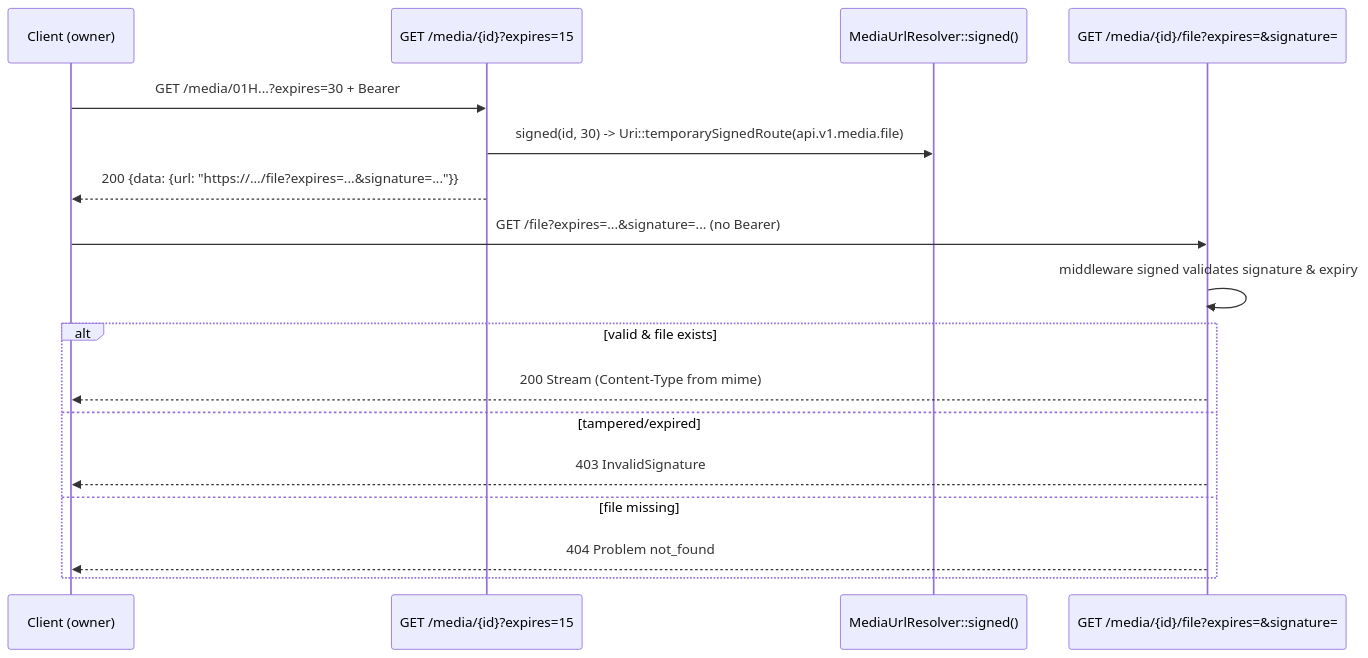
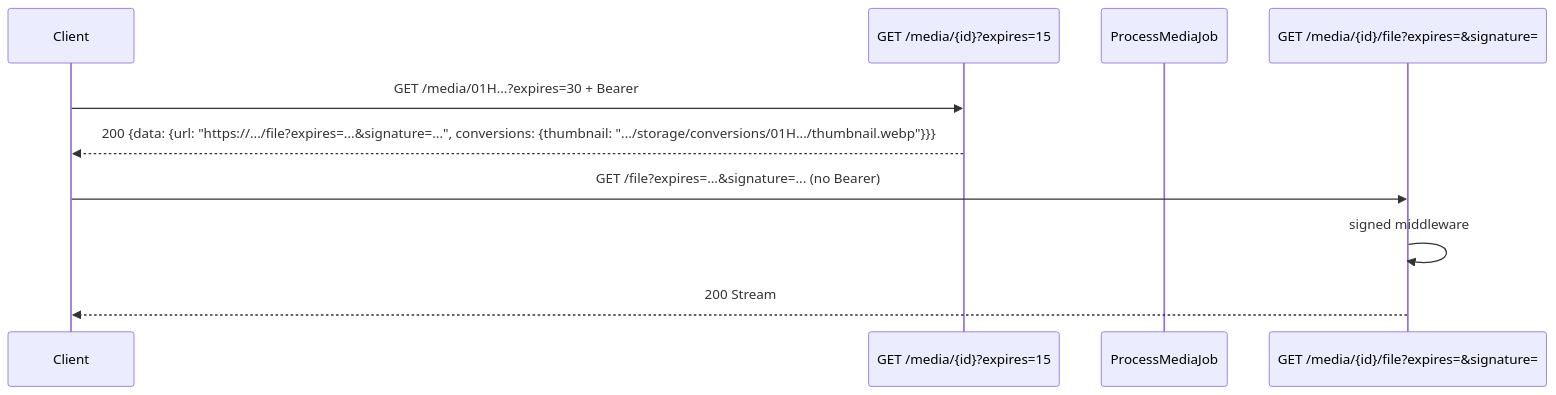
One commit to thomiOmi/laravel-starterkit-api changed the fourth of 5 diagrams in modules/Media/README.md. Above: the diagram before and after it, drawn with Mermaid. The commit also changed other lines of this file and 8 other files, not shown here.

````diff
--- a/modules/Media/README.md
+++ b/modules/Media/README.md
@@ -111,20 +155,13 @@
 ```mermaid
 sequenceDiagram
-    participant C as Client (owner)
+    participant C as Client
     participant API as GET /media/{id}?expires=15
-    participant Resolver as MediaUrlResolver::signed()
+    participant Job as ProcessMediaJob
     participant File as GET /media/{id}/file?expires=&signature=
 
     C->>API: GET /media/01H...?expires=30 + Bearer
-    API->>Resolver: signed(id, 30) -> Uri::temporarySignedRoute(api.v1.media.file)
-    API-->>C: 200 {data: {url: "https://.../file?expires=...&signature=..."}}
+    API-->>C: 200 {data: {url: "https://.../file?expires=...&signature=...", conversions: {thumbnail: ".../storage/conversions/01H.../thumbnail.webp"}}}
     C->>File: GET /file?expires=...&signature=... (no Bearer)
-    File->>File: middleware signed validates signature & expiry
-    alt valid & file exists
-        File-->>C: 200 Stream (Content-Type from mime)
-    else tampered/expired
-        File-->>C: 403 InvalidSignature
-    else file missing
-        File-->>C: 404 Problem not_found
-    end
+    File->>File: signed middleware
+    File-->>C: 200 Stream
 ```
````
